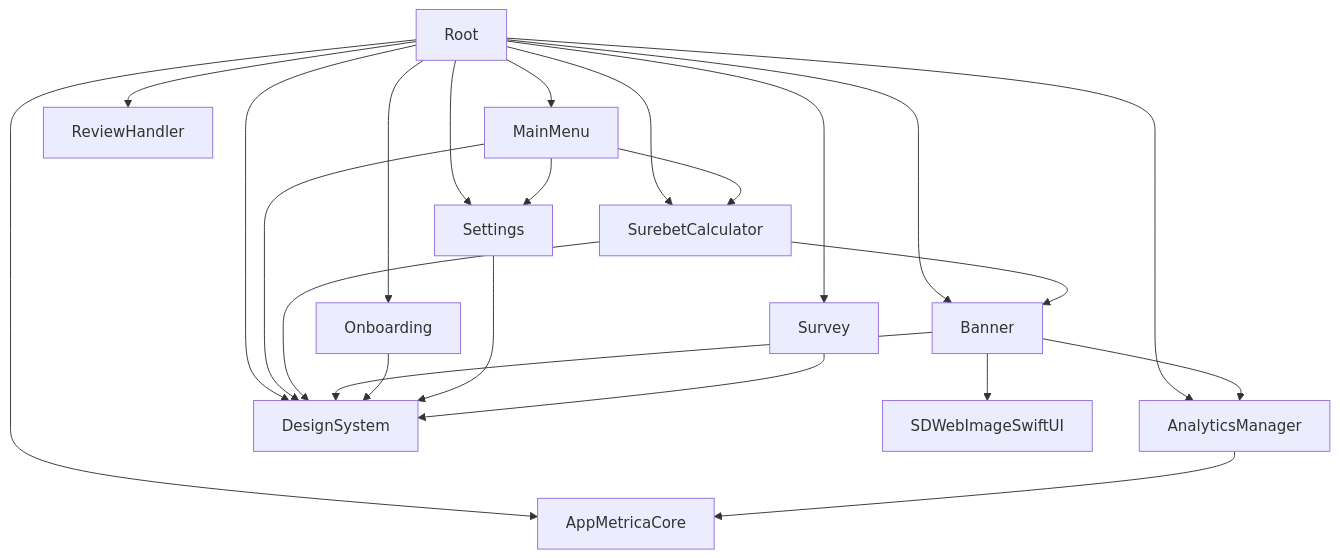
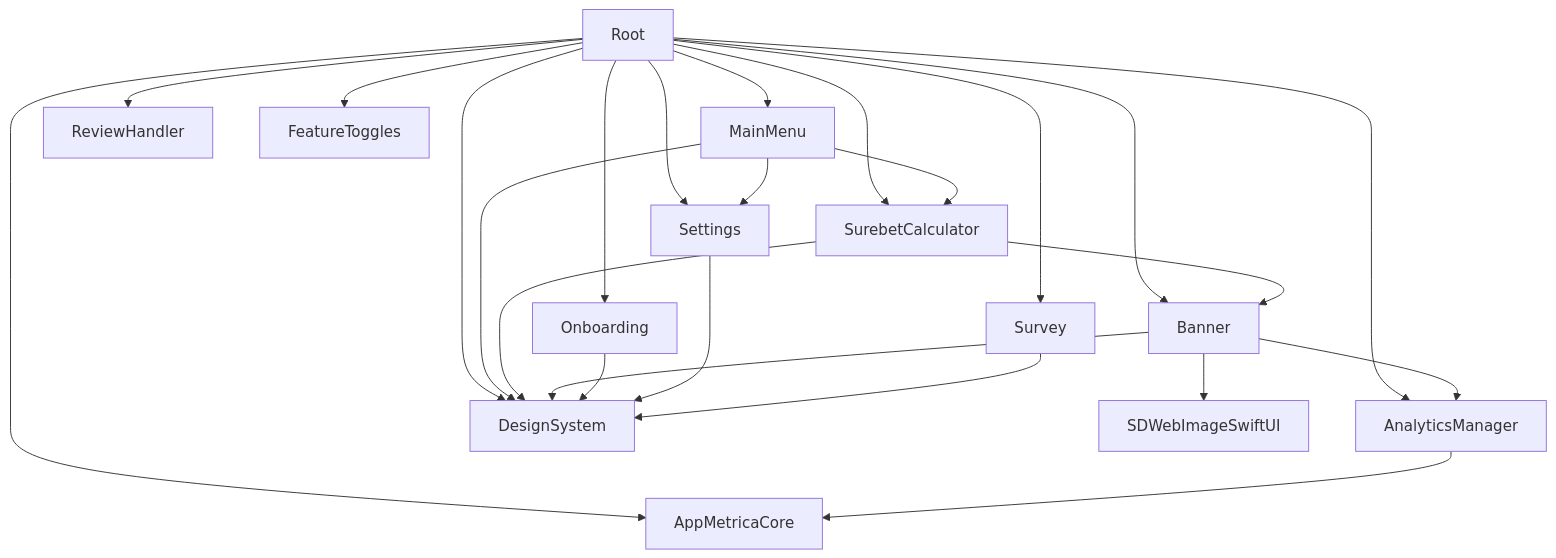
One commit to IaroslavAl/surebet-calculator-ios changed the diagram in docs/reference/DEPENDENCY_GRAPH.md. Above: the diagram before and after it, drawn with Mermaid. The commit also changed other lines of this file and 18 other files, not shown here.

Commit message:
Centralize feature toggles and prepare debug overrides

````diff
--- a/docs/reference/DEPENDENCY_GRAPH.md
+++ b/docs/reference/DEPENDENCY_GRAPH.md
@@ -5,30 +5,31 @@
 ```mermaid
 graph TD
     Root --> SurebetCalculator
     Root --> Banner
     Root --> MainMenu
     Root --> Onboarding
     Root --> Settings
     Root --> ReviewHandler
     Root --> Survey
+    Root --> FeatureToggles
     Root --> AnalyticsManager
     Root --> DesignSystem
     Root --> AppMetricaCore
 
     MainMenu --> SurebetCalculator
     MainMenu --> Settings
     MainMenu --> DesignSystem
 
     SurebetCalculator --> Banner
     SurebetCalculator --> DesignSystem
 
     Banner --> AnalyticsManager
     Banner --> SDWebImageSwiftUI
     Banner --> DesignSystem
 
     Onboarding --> DesignSystem
     Settings --> DesignSystem
     Survey --> DesignSystem
 
     AnalyticsManager --> AppMetricaCore
 ```
````
